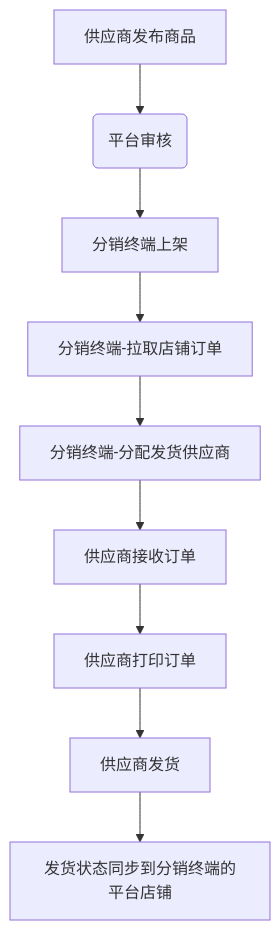
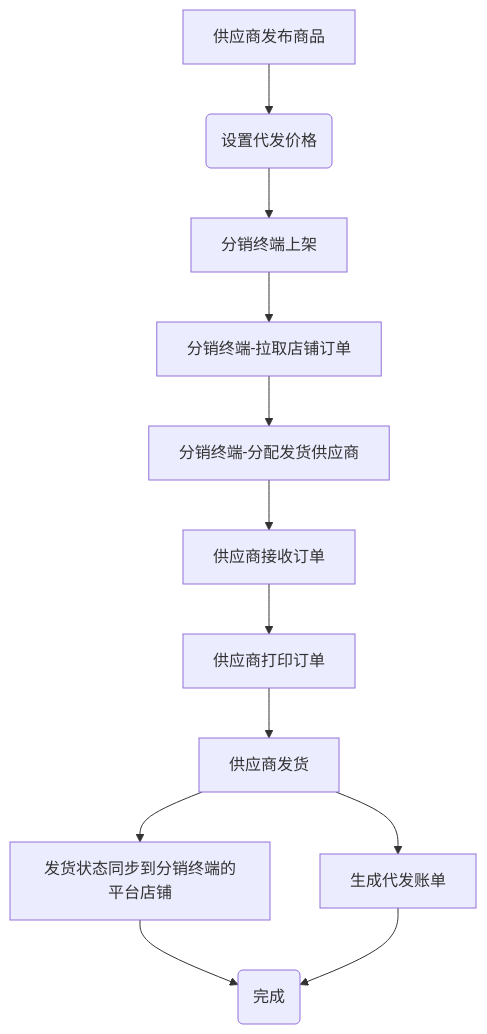
The diagram in README.md (zeasin/qihangerp-scm), drawn with Mermaid before and after one commit. The commit also changed other lines of this file, not shown here.

````diff
--- a/README.md
+++ b/README.md
@@ -11,12 +28,15 @@
 ```mermaid
 graph TB
-A[供应商发布商品] -->B(平台审核)
+A[供应商发布商品] -->B(设置代发价格)
     B --> E[分销终端上架]
     E --> C[分销终端-拉取店铺订单]
     C --> D[分销终端-分配发货供应商]
     D --> F[供应商接收订单]
     F --> G[供应商打印订单]
     G --> H[供应商发货]
+    H --> J[生成代发账单]
     H --> I[发货状态同步到分销终端的平台店铺]
+    I --> K(完成)
+    J --> K
 
 ```
````
